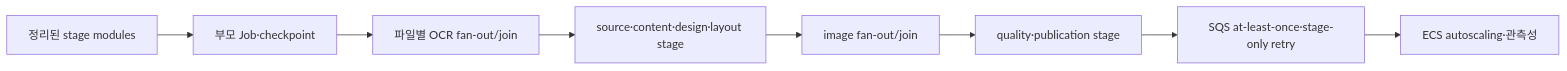
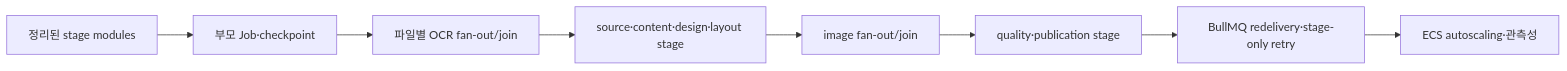
The eighth of 8 diagrams in docs/plans/generate-deck-separation-before-issue-338.md (na-man-mu-303-team2/Orbit), drawn with Mermaid before and after one commit. The commit also changed other lines of this file and 10 other files, not shown here.

````diff
--- a/docs/plans/generate-deck-separation-before-issue-338.md
+++ b/docs/plans/generate-deck-separation-before-issue-338.md
@@ -965,10 +967,10 @@
 ```mermaid
 flowchart LR
     A["정리된 stage modules"] --> B["부모 Job·checkpoint"]
     B --> C["파일별 OCR fan-out/join"]
     C --> D["source·content·design·layout stage"]
     D --> E["image fan-out/join"]
     E --> F["quality·publication stage"]
-    F --> G["SQS at-least-once·stage-only retry"]
+    F --> G["BullMQ redelivery·stage-only retry"]
     G --> H["ECS autoscaling·관측성"]
 ```
````
